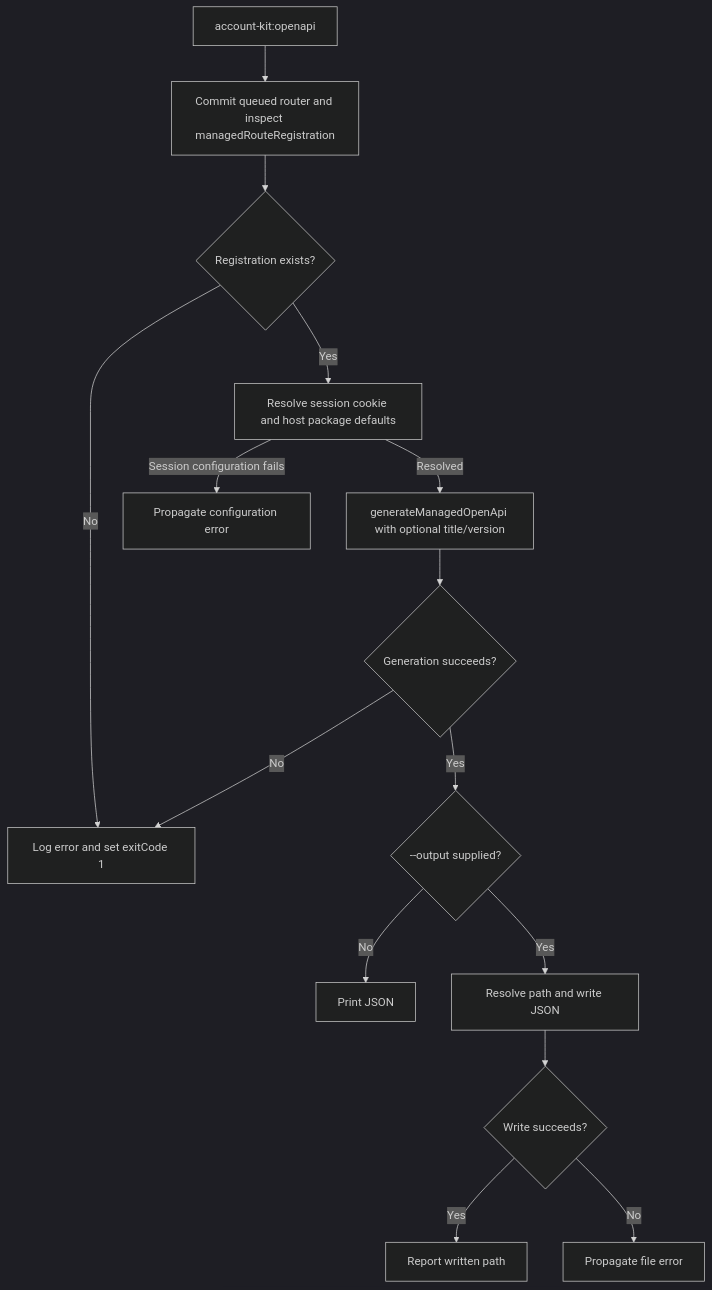
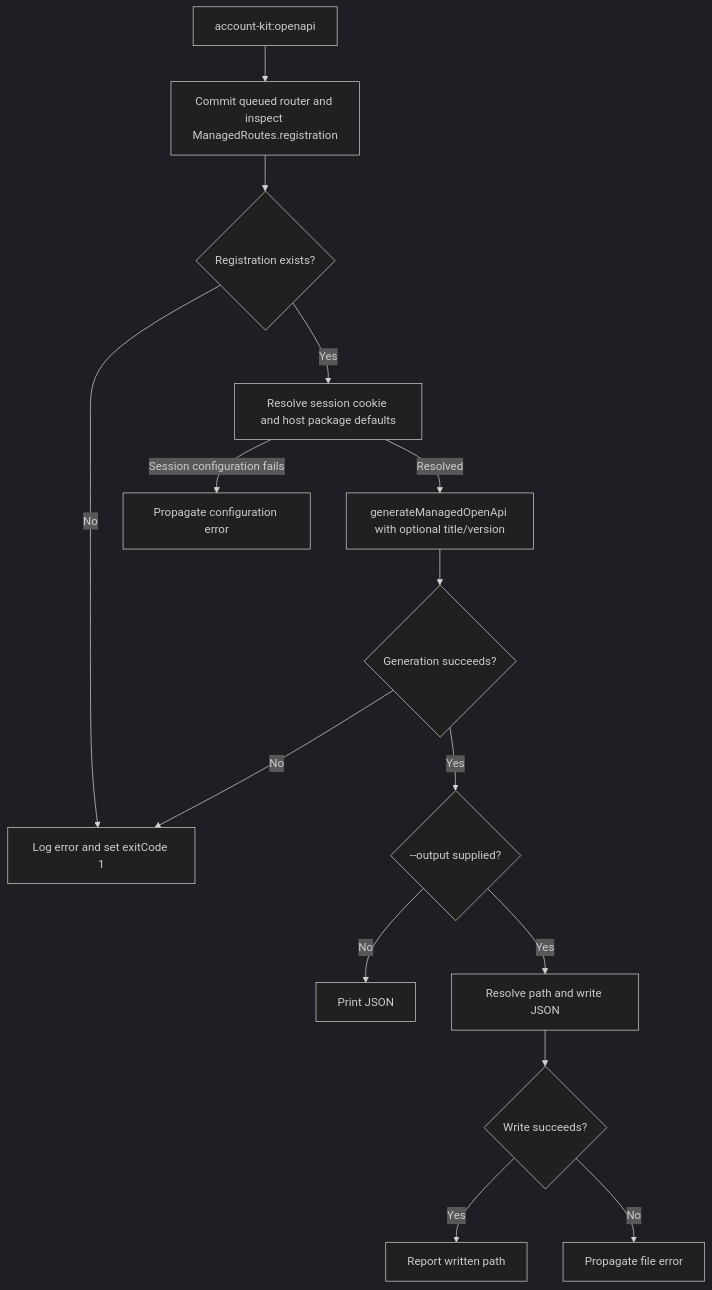
One commit to Kevinjohn/oss-adonisjs-account-kit changed the second of 2 diagrams in user-stories/US-ACCOUNT-30-generate-openapi.md. Above: the diagram before and after it, drawn with Mermaid (dark theme). The commit also changed 52 other files, not shown here.

First line of the commit message:
Record managed route registrations in a ManagedRoutes service the provider binds

````diff
--- a/user-stories/US-ACCOUNT-30-generate-openapi.md
+++ b/user-stories/US-ACCOUNT-30-generate-openapi.md
@@ -32,17 +32,17 @@
 ```mermaid
 flowchart TD
- A["account-kit:openapi"] --> B["Commit queued router and inspect managedRouteRegistration"]
+ A["account-kit:openapi"] --> B["Commit queued router and inspect ManagedRoutes.registration"]
  B --> C{"Registration exists?"}
  C -->|No| D["Log error and set exitCode 1"]
  C -->|Yes| S["Resolve session cookie and host package defaults"]
  S -->|Session configuration fails| K0["Propagate configuration error"]
  S -->|Resolved| E["generateManagedOpenApi with optional title/version"]
  E --> V{"Generation succeeds?"}
  V -->|No| D
  V -->|Yes| F{"--output supplied?"}
  F -->|No| G["Print JSON"]
  F -->|Yes| H["Resolve path and write JSON"]
  H --> I{"Write succeeds?"}
  I -->|Yes| J["Report written path"]
  I -->|No| K["Propagate file error"]
 ```
````
